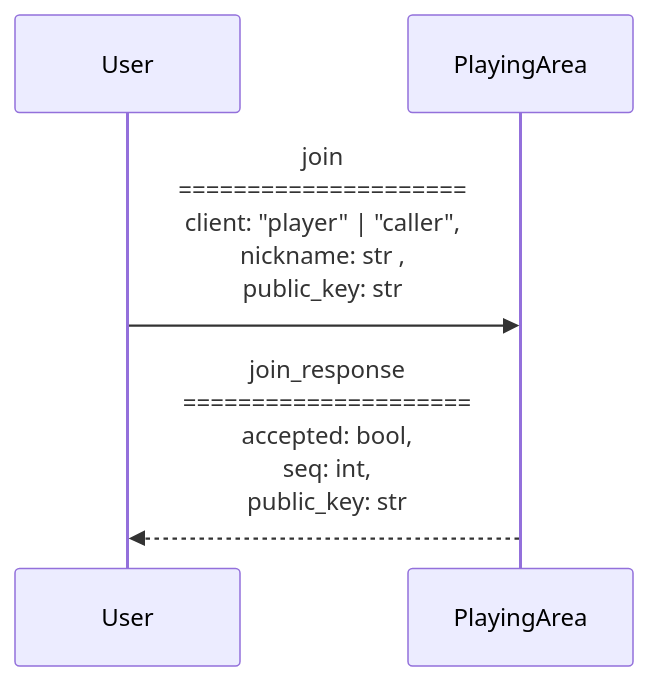
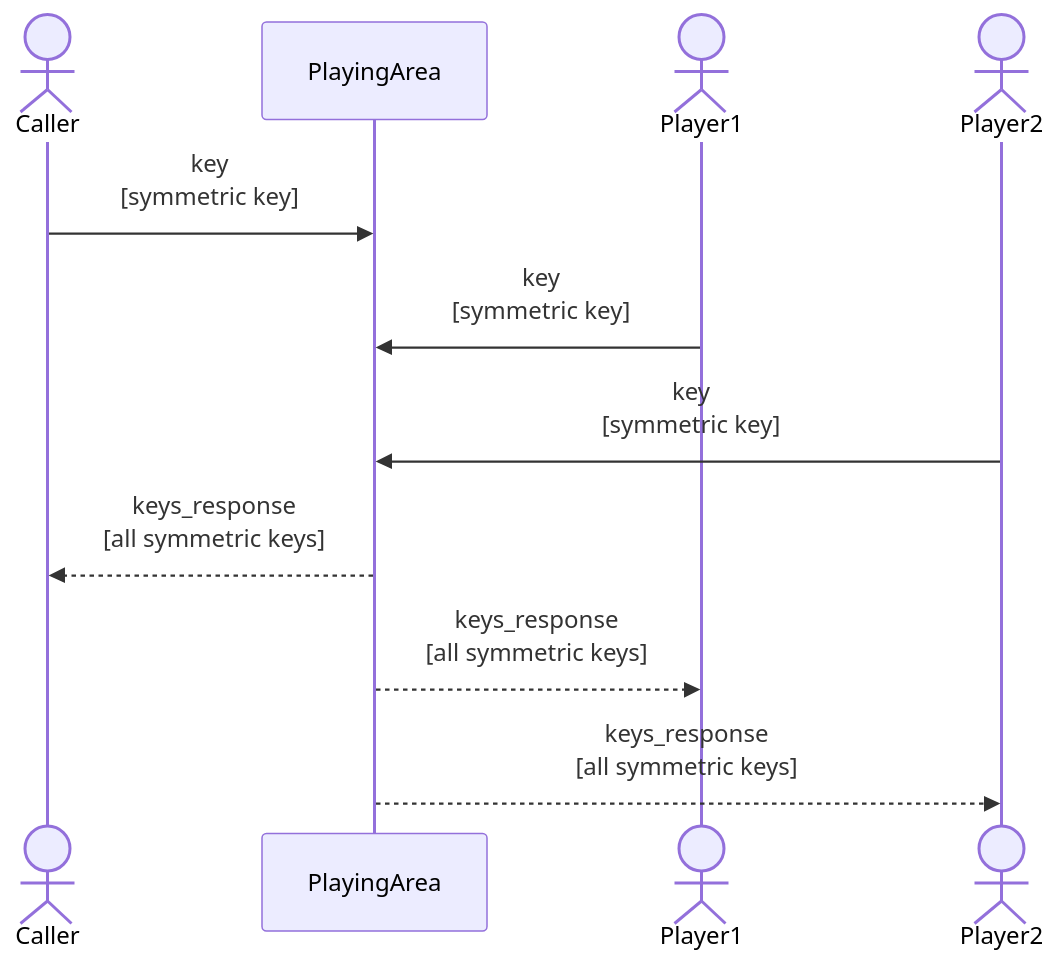
One commit to detiuaveiro/assignment-2---bingo-26 changed the fourth of 5 diagrams in Documentation.md. Above: the diagram before and after it, drawn with Mermaid. The commit also changed other lines of this file and 8 other files, not shown here.

````diff
--- a/Documentation.md
+++ b/Documentation.md
@@ -26,7 +201,13 @@
 ```mermaid
 sequenceDiagram
-    participant User
+    actor Caller
     participant PlayingArea
-    User->>PlayingArea: join <br> ===================== <br> client: "player" | "caller",<br> nickname: str ,<br> public_key: str 
-    PlayingArea-->>User: join_response <br> ===================== <br> accepted: bool,<br> seq: int, <br> public_key: str
+    actor Player1
+    actor Player2
+    Caller->>PlayingArea: key <br> [symmetric key]
+    Player1->>PlayingArea: key <br> [symmetric key]
+    Player2->>PlayingArea: key <br> [symmetric key]
+    PlayingArea-->>Caller: keys_response <br> [all symmetric keys] 
+    PlayingArea-->>Player1: keys_response <br> [all symmetric keys]
+    PlayingArea-->>Player2: keys_response <br> [all symmetric keys]
 ```
````
